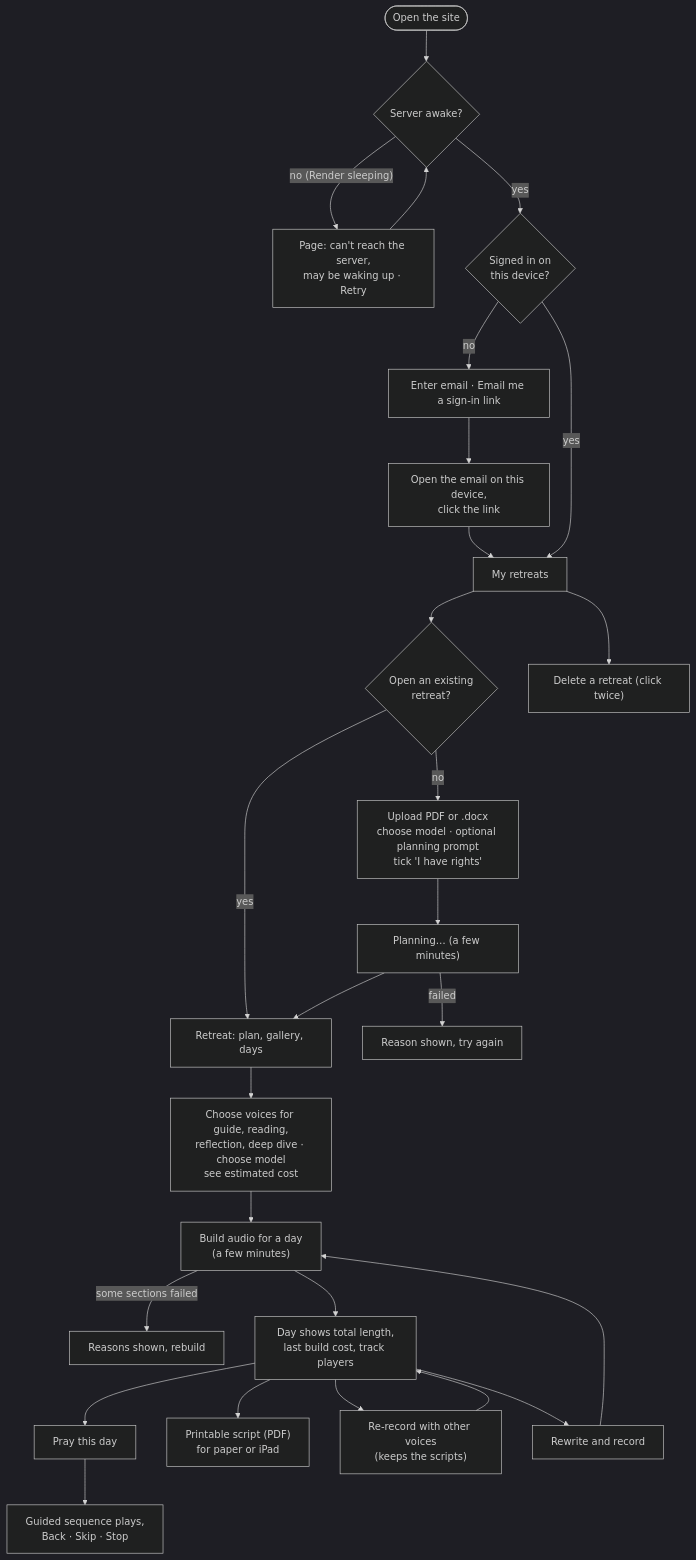
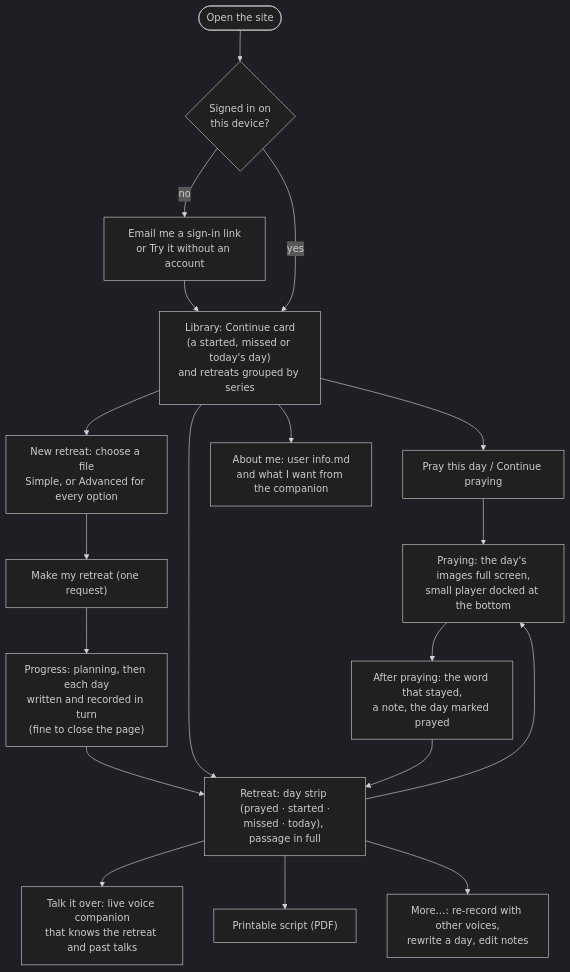
One commit to bcollier/ignatius-hw4-api changed the seventh of 23 diagrams in docs/ARCHITECTURE.md. Above: the diagram before and after it, drawn with Mermaid (dark theme). The commit also changed other lines of this file and 5 other files, not shown here.

First line of the commit message:
Docs: redesign, one-step making, parts in order, background, About me, Talk it over; spec additions; render.yaml and env example

````diff
--- a/docs/ARCHITECTURE.md
+++ b/docs/ARCHITECTURE.md
@@ -350,24 +366,19 @@
 ```mermaid
 flowchart TD
-    A([Open the site]) --> B{Server awake?}
-    B -- "no (Render sleeping)" --> B1["Page: can't reach the server,<br/>may be waking up · Retry"] --> B
-    B -- yes --> C{Signed in on<br/>this device?}
-    C -- no --> D["Enter email · Email me a sign-in link"] --> E["Open the email on this device,<br/>click the link"] --> F
-    C -- yes --> F["My retreats"]
-    F --> G{Open an existing<br/>retreat?}
-    G -- yes --> K
-    G -- no --> H["Upload PDF or .docx<br/>choose model · optional planning prompt<br/>tick 'I have rights'"]
-    H --> I["Planning… (a few minutes)"]
-    I -- failed --> I1["Reason shown, try again"]
-    I --> K["Retreat: plan, gallery, days"]
-    K --> L["Choose voices for guide, reading,<br/>reflection, deep dive · choose model<br/>see estimated cost"]
-    L --> M["Build audio for a day<br/>(a few minutes)"]
-    M -- "some sections failed" --> M1["Reasons shown, rebuild"]
-    M --> N["Day shows total length,<br/>last build cost, track players"]
-    N --> O["Pray this day"]
-    N --> PDF["Printable script (PDF)<br/>for paper or iPad"]
-    N --> P["Re-record with other voices<br/>(keeps the scripts)"] --> N
-    N --> Q["Rewrite and record"] --> M
-    O --> R["Guided sequence plays,<br/>Back · Skip · Stop"]
-    F --> S["Delete a retreat (click twice)"]
+    A([Open the site]) --> B{Signed in on<br/>this device?}
+    B -- no --> SI["Email me a sign-in link<br/>or Try it without an account"] --> L
+    B -- yes --> L["Library: Continue card<br/>(a started, missed or today's day)<br/>and retreats grouped by series"]
+    L --> CONT["Pray this day / Continue praying"] --> PRAY
+    L --> NEW["New retreat: choose a file<br/>Simple, or Advanced for every option"]
+    NEW --> GO["Make my retreat (one request)"]
+    GO --> PROG["Progress: planning, then each day<br/>written and recorded in turn<br/>(fine to close the page)"]
+    PROG --> R["Retreat: day strip (prayed · started ·<br/>missed · today), passage in full"]
+    L --> R
+    R --> PRAY["Praying: the day's images full screen,<br/>small player docked at the bottom"]
+    PRAY --> AFTER["After praying: the word that stayed,<br/>a note, the day marked prayed"]
+    AFTER --> R
+    R --> TALK["Talk it over: live voice companion<br/>that knows the retreat and past talks"]
+    R --> PDF["Printable script (PDF)"]
+    R --> MORE["More…: re-record with other voices,<br/>rewrite a day, edit notes"]
+    L --> ME["About me: user info.md<br/>and what I want from the companion"]
 ```
````
